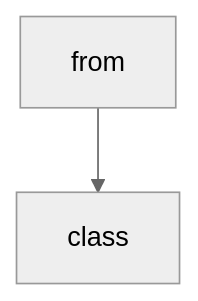
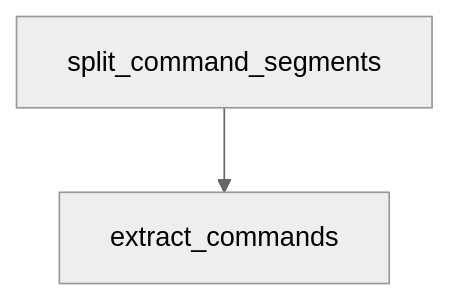
Before and after one commit to johnxie/awesome-code-docs: the diagram in tutorials/claude-quickstarts-tutorial/01-getting-started.md, drawn with Mermaid (neutral theme). The commit also changed other lines of this file and 1232 other files, not shown here.

````diff
--- a/tutorials/claude-quickstarts-tutorial/01-getting-started.md
+++ b/tutorials/claude-quickstarts-tutorial/01-getting-started.md
@@ -183,6 +181,6 @@
 ```mermaid
 flowchart TD
-    A[from]
-    B[class]
+    A[split_command_segments]
+    B[extract_commands]
     A --> B
 ```
````
